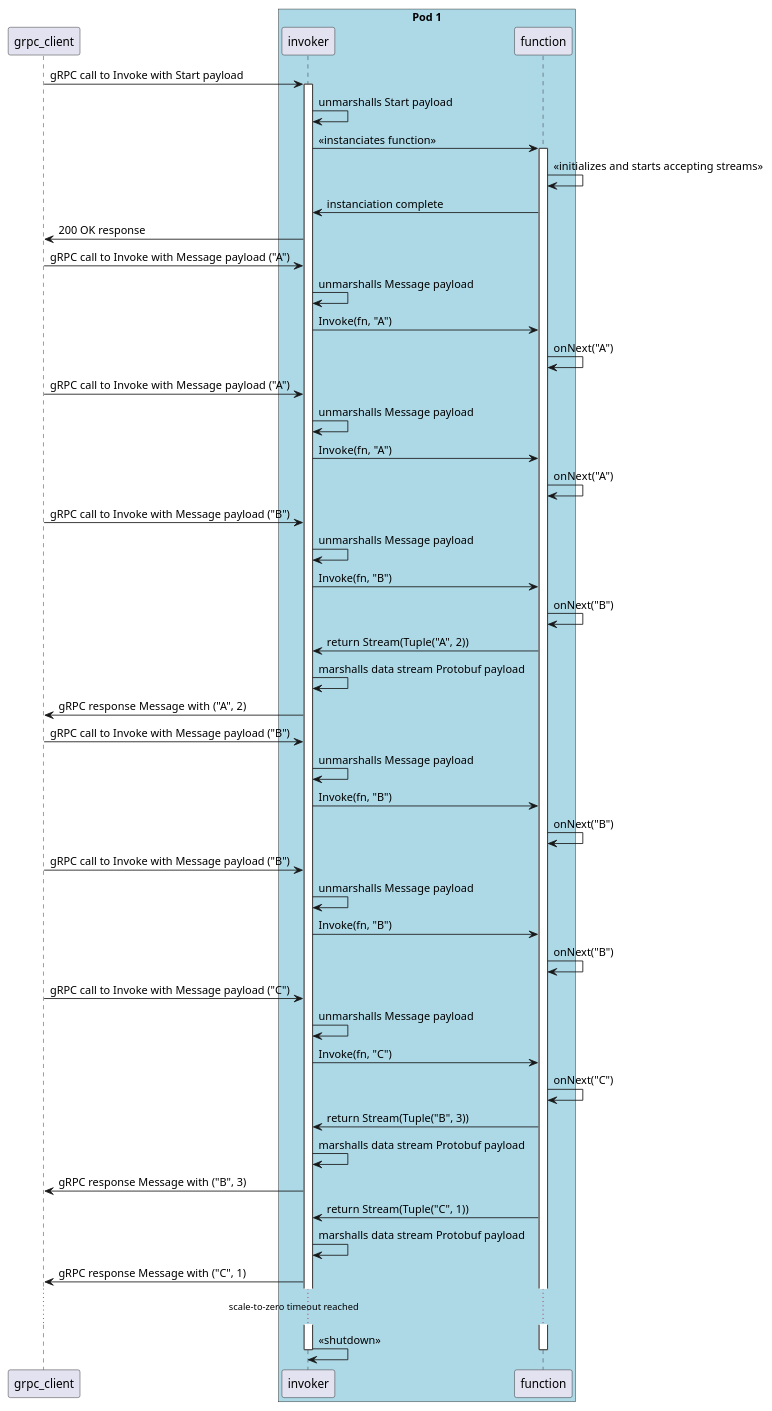
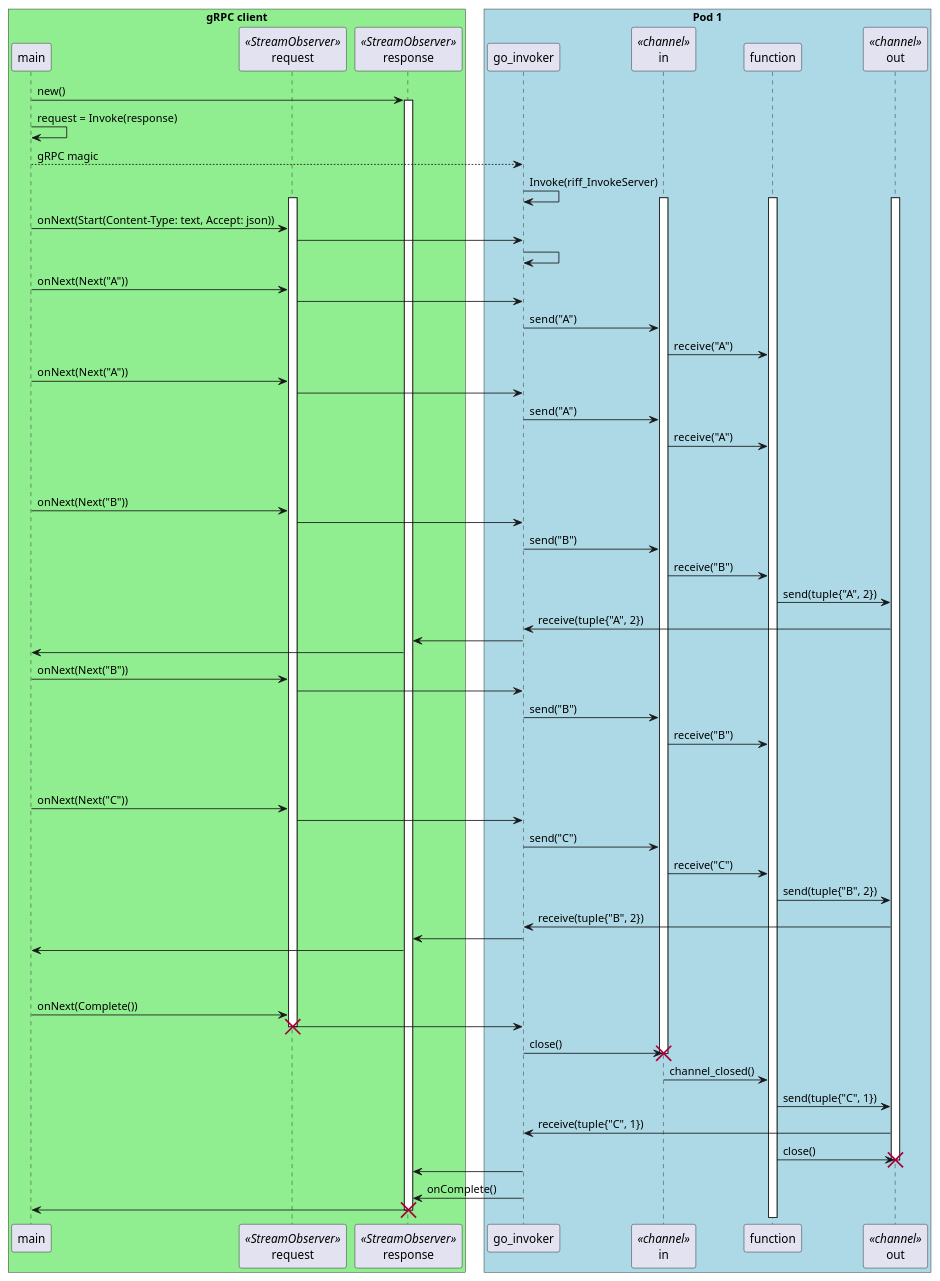
One commit to fbiville/riff-docs changed the second of 2 diagrams in streaming.adoc. Above: the diagram before and after it, drawn with PlantUML. The commit also changed other lines of this file, not shown here.

Commit message:
Revamp streaming schema

```diff
--- a/streaming.adoc
+++ b/streaming.adoc
@@ -70,55 +80,84 @@
 [plantuml, format="png"]
 ----
-participant grpc_client
+skinparam BoxPadding 10
+
+box "gRPC client" #LightGreen
+	participant main
+	participant request <<StreamObserver>>
+	participant response <<StreamObserver>>
+end box
 box "Pod 1" #LightBlue
-	participant invoker
+	participant go_invoker
+	participant in <<channel>>
 	participant function
+	participant out <<channel>>
 end box
 
+main -> response : new()
+activate response
+main -> main : request = Invoke(response)
+main --> go_invoker : gRPC magic
+go_invoker -> go_invoker : Invoke(riff_InvokeServer)
+activate in
+activate out
+activate request
+activate function
 
-grpc_client -> invoker : gRPC call to Invoke with Start payload
-activate invoker
-invoker -> invoker : unmarshalls Start payload
-invoker -> function : << instanciates function >>
-activate function
-function -> function : << initializes and starts accepting streams >>
-function -> invoker : instanciation complete
-invoker -> grpc_client : 200 OK response
-grpc_client-> invoker : gRPC call to Invoke with Message payload ("A")
-invoker -> invoker : unmarshalls Message payload
-invoker -> function : Invoke(fn, "A")
-function -> function : onNext("A")
-grpc_client-> invoker : gRPC call to Invoke with Message payload ("A")
-invoker -> invoker : unmarshalls Message payload
-invoker -> function : Invoke(fn, "A")
-function -> function : onNext("A")
-grpc_client-> invoker : gRPC call to Invoke with Message payload ("B")
-invoker -> invoker : unmarshalls Message payload
-invoker -> function : Invoke(fn, "B")
-function -> function : onNext("B")
-function -> invoker : return Stream(Tuple("A", 2))
-invoker -> invoker : marshalls data stream Protobuf payload
-invoker ->  grpc_client : gRPC response Message with ("A", 2)
-grpc_client -> invoker : gRPC call to Invoke with Message payload ("B")
-invoker -> invoker : unmarshalls Message payload
-invoker -> function : Invoke(fn, "B")
-function -> function : onNext("B")
-grpc_client-> invoker : gRPC call to Invoke with Message payload ("B")
-invoker -> invoker : unmarshalls Message payload
-invoker -> function : Invoke(fn, "B")
-function -> function : onNext("B")
-grpc_client-> invoker : gRPC call to Invoke with Message payload ("C")
-invoker -> invoker : unmarshalls Message payload
-invoker -> function : Invoke(fn, "C")
-function -> function : onNext("C")
-function -> invoker : return Stream(Tuple("B", 3))
-invoker -> invoker : marshalls data stream Protobuf payload
-invoker ->  grpc_client : gRPC response Message with ("B", 3)
-function -> invoker : return Stream(Tuple("C", 1))
-invoker -> invoker : marshalls data stream Protobuf payload
-invoker ->  grpc_client : gRPC response Message with ("C", 1)
-...scale-to-zero timeout reached...
-invoker -> invoker : << shutdown >>
-deactivate function
-deactivate invoker
+main -> request : onNext(Start(Content-Type: text, Accept: json))
+request -> go_invoker
+go_invoker -> go_invoker
+
+
+main -> request : onNext(Next("A"))
+request -> go_invoker
+go_invoker -> in : send("A")
+in -> function : receive("A")
+
+main -> request : onNext(Next("A"))
+request -> go_invoker
+go_invoker -> in : send("A")
+in -> function : receive("A")
+||45||
+
+main -> request : onNext(Next("B"))
+request -> go_invoker
+go_invoker -> in : send("B")
+in -> function : receive("B")
+function -> out : send(tuple{"A", 2})
+out -> go_invoker : receive(tuple{"A", 2})
+go_invoker -> response
+response -> main
+
+
+main -> request : onNext(Next("B"))
+request -> go_invoker
+go_invoker -> in : send("B")
+in -> function : receive("B")
+||45||
+
+main -> request : onNext(Next("C"))
+request -> go_invoker
+go_invoker -> in : send("C")
+in -> function : receive("C")
+function -> out : send(tuple{"B", 2})
+out -> go_invoker : receive(tuple{"B", 2})
+go_invoker -> response
+response -> main
+||45||
+
+main -> request : onNext(Complete())
+request -> go_invoker
+destroy request
+go_invoker -> in : close()
+destroy in
+in -> function : channel_closed()
+function -> out : send(tuple{"C", 1})
+out -> go_invoker : receive(tuple{"C", 1})
+function -> out : close()
+destroy out
+go_invoker -> response
+go_invoker -> response : onComplete()
+response -> main
+destroy response
+
 ----
```
